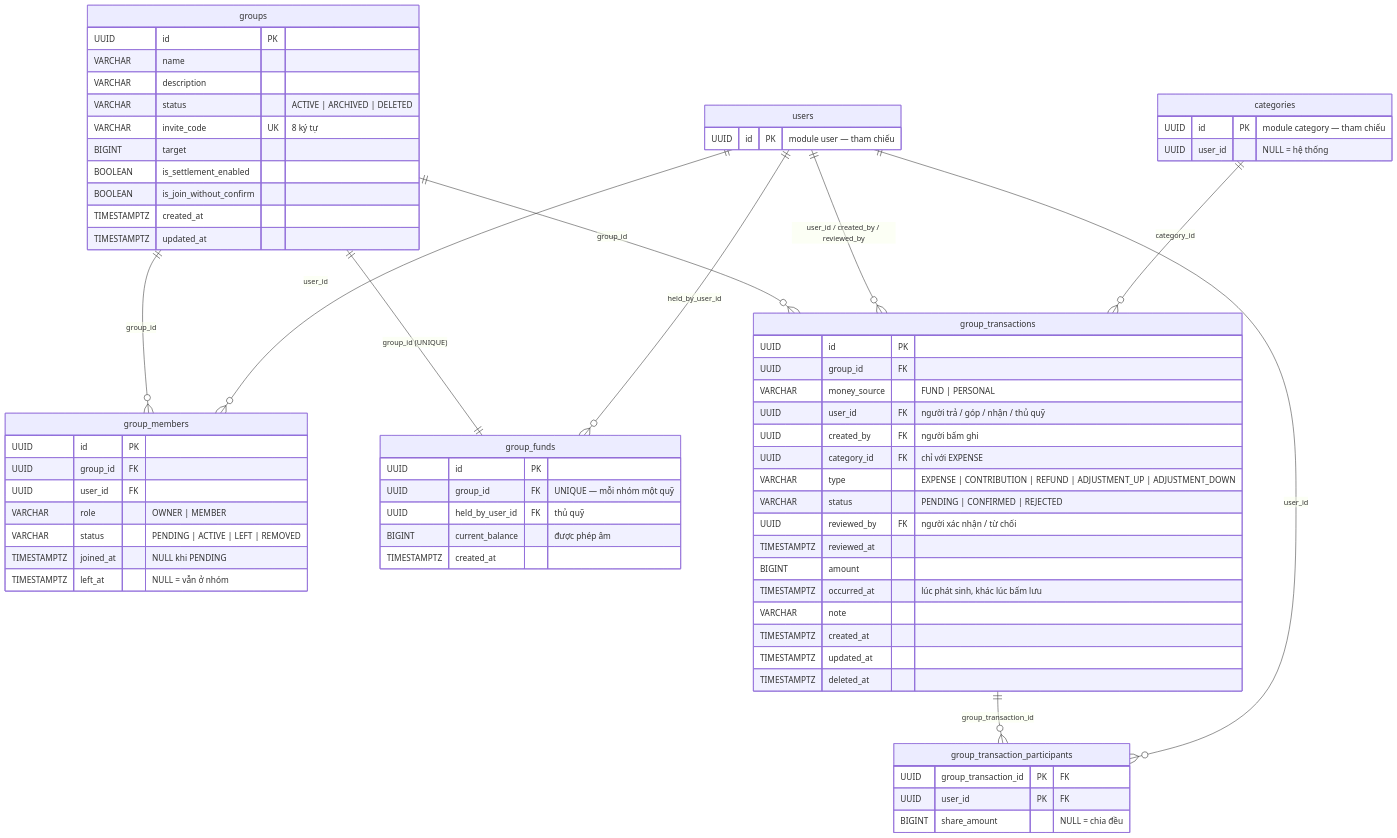
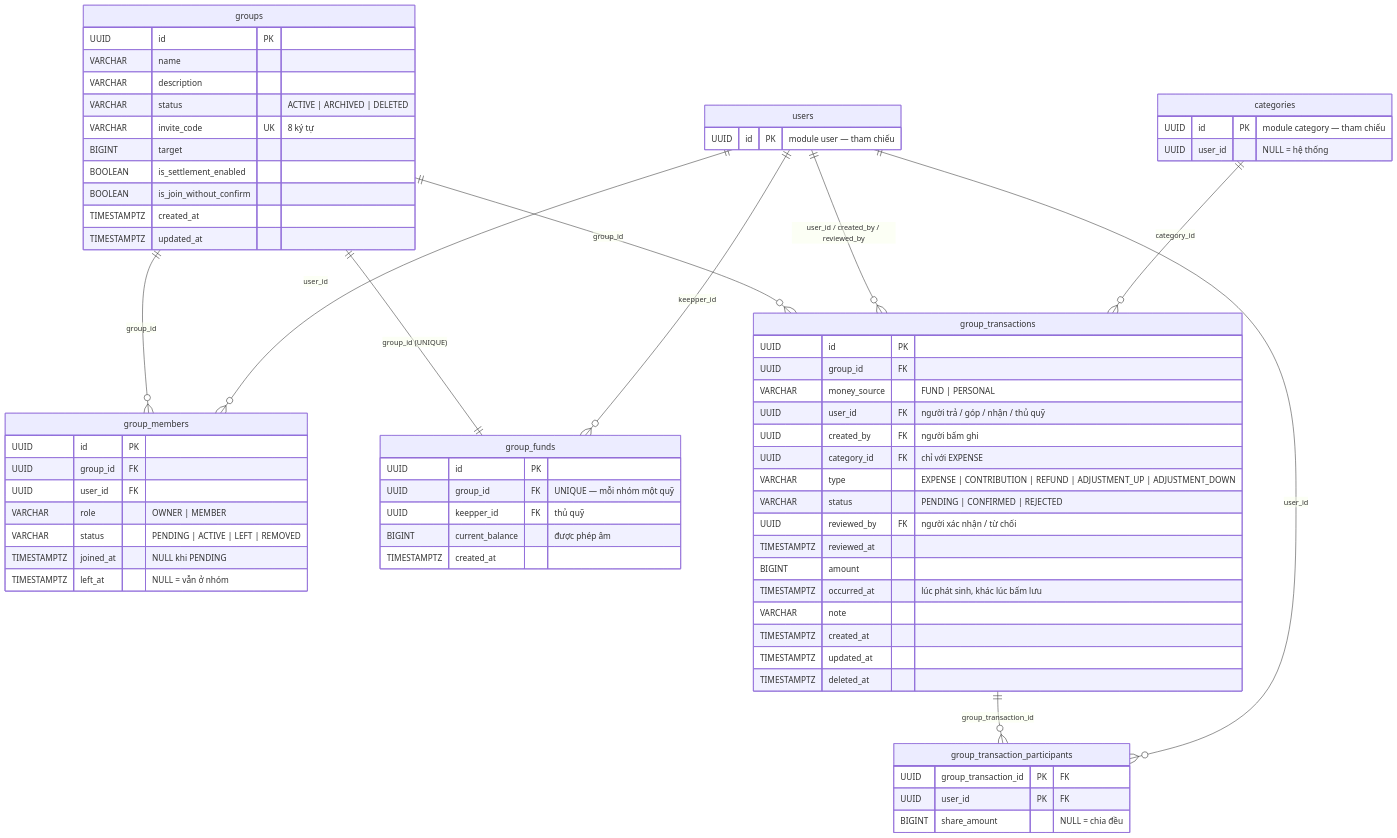
Before and after one commit to dungcony/my_server_finance: the second of 2 diagrams in docs/design/group/lop-thuc-the.md, drawn with Mermaid. The commit also changed other lines of this file and 38 other files, not shown here.

````diff
--- a/docs/design/group/lop-thuc-the.md
+++ b/docs/design/group/lop-thuc-the.md
@@ -176,77 +176,77 @@
 ```mermaid
 erDiagram
     groups ||--o{ group_members: "group_id"
     users ||--o{ group_members: "user_id"
     groups ||--|| group_funds: "group_id (UNIQUE)"
-    users ||--o{ group_funds: "held_by_user_id"
+    users ||--o{ group_funds: "keepper_id"
     groups ||--o{ group_transactions: "group_id"
     users ||--o{ group_transactions: "user_id / created_by / reviewed_by"
     categories ||--o{ group_transactions: "category_id"
     group_transactions ||--o{ group_transaction_participants: "group_transaction_id"
     users ||--o{ group_transaction_participants: "user_id"
 
     groups {
         UUID id PK
         VARCHAR name
         VARCHAR description
         VARCHAR status "ACTIVE | ARCHIVED | DELETED"
         VARCHAR invite_code UK "8 ký tự"
         BIGINT target
         BOOLEAN is_settlement_enabled
         BOOLEAN is_join_without_confirm
         TIMESTAMPTZ created_at
         TIMESTAMPTZ updated_at
     }
 
     group_members {
         UUID id PK
         UUID group_id FK
         UUID user_id FK
         VARCHAR role "OWNER | MEMBER"
         VARCHAR status "PENDING | ACTIVE | LEFT | REMOVED"
         TIMESTAMPTZ joined_at "NULL khi PENDING"
         TIMESTAMPTZ left_at "NULL = vẫn ở nhóm"
     }
 
     group_funds {
         UUID id PK
         UUID group_id FK "UNIQUE — mỗi nhóm một quỹ"
-        UUID held_by_user_id FK "thủ quỹ"
+        UUID keepper_id FK "thủ quỹ"
         BIGINT current_balance "được phép âm"
         TIMESTAMPTZ created_at
     }
 
     group_transactions {
         UUID id PK
         UUID group_id FK
         VARCHAR money_source "FUND | PERSONAL"
         UUID user_id FK "người trả / góp / nhận / thủ quỹ"
         UUID created_by FK "người bấm ghi"
         UUID category_id FK "chỉ với EXPENSE"
         VARCHAR type "EXPENSE | CONTRIBUTION | REFUND | ADJUSTMENT_UP | ADJUSTMENT_DOWN"
         VARCHAR status "PENDING | CONFIRMED | REJECTED"
         UUID reviewed_by FK "người xác nhận / từ chối"
         TIMESTAMPTZ reviewed_at
         BIGINT amount
         TIMESTAMPTZ occurred_at "lúc phát sinh, khác lúc bấm lưu"
         VARCHAR note
         TIMESTAMPTZ created_at
         TIMESTAMPTZ updated_at
         TIMESTAMPTZ deleted_at
     }
 
     group_transaction_participants {
         UUID group_transaction_id PK "FK"
         UUID user_id PK "FK"
         BIGINT share_amount "NULL = chia đều"
     }
 
     users {
         UUID id PK "module user — tham chiếu"
     }
 
     categories {
         UUID id PK "module category — tham chiếu"
         UUID user_id "NULL = hệ thống"
     }
 ```
````
